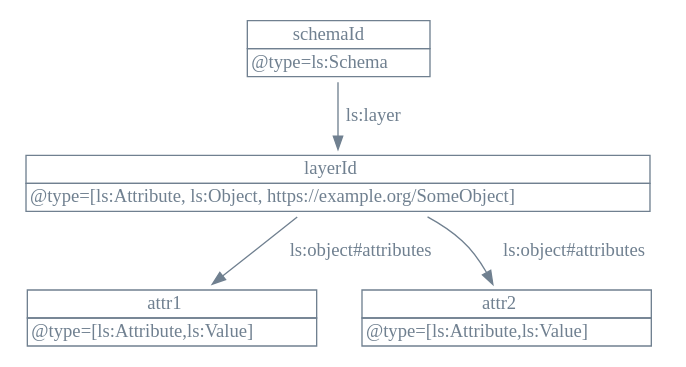
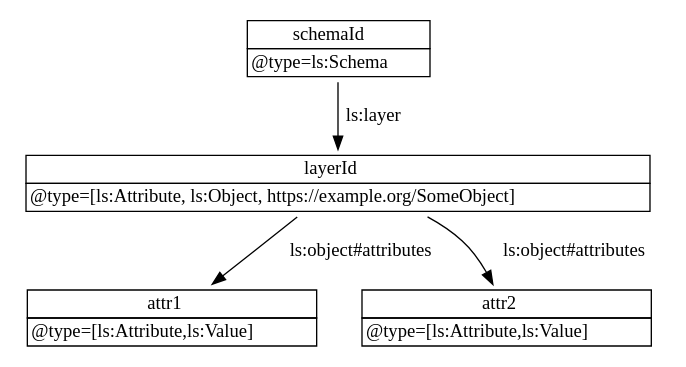
The diagram in imgs/minimal-layered-schema.dot (cloudprivacylabs/lsa-spec), drawn with Graphviz before and after one commit. The commit also changed 10 other files, not shown here.

```diff
--- a/imgs/minimal-layered-schema.dot
+++ b/imgs/minimal-layered-schema.dot
@@ -1,33 +1,33 @@
 digraph g {
 
 
-  node[color="slategray",fontcolor="slategray",shape="plaintext"];
-  edge[color="slategray",fontcolor="slategray"];
+  node[color="black",fontcolor="black",shape="plaintext"];
+  edge[color="black",fontcolor="black"];
 
   schemaRoot [ label=<
   <table border="0" cellborder="1" cellspacing="0">
   <tr><td>schemaId</td></tr>
   <tr><td>@type=ls:Schema</td></tr>
   </table>>];
   
   layerRoot [ label=<
   <table border="0" cellborder="1" cellspacing="0">
   <tr><td>layerId</td></tr>
   <tr><td>@type=[ls:Attribute, ls:Object, https://example.org/SomeObject]</td></tr>
   </table>>];
 
   attribute1 [ label=<
   <table border="0" cellborder="1" cellspacing="0">
   <tr><td>attr1</td></tr>
   <tr><td>@type=[ls:Attribute,ls:Value]</td></tr>
   </table>>];
   attribute2 [ label=<
   <table border="0" cellborder="1" cellspacing="0">
   <tr><td>attr2</td></tr>
   <tr><td>@type=[ls:Attribute,ls:Value]</td></tr>
   </table>>];
 
   schemaRoot -> layerRoot [ label="ls:layer"];
   layerRoot -> attribute1 [  label="ls:object#attributes"];
   layerRoot -> attribute2 [  label="ls:object#attributes"];
 }
```
